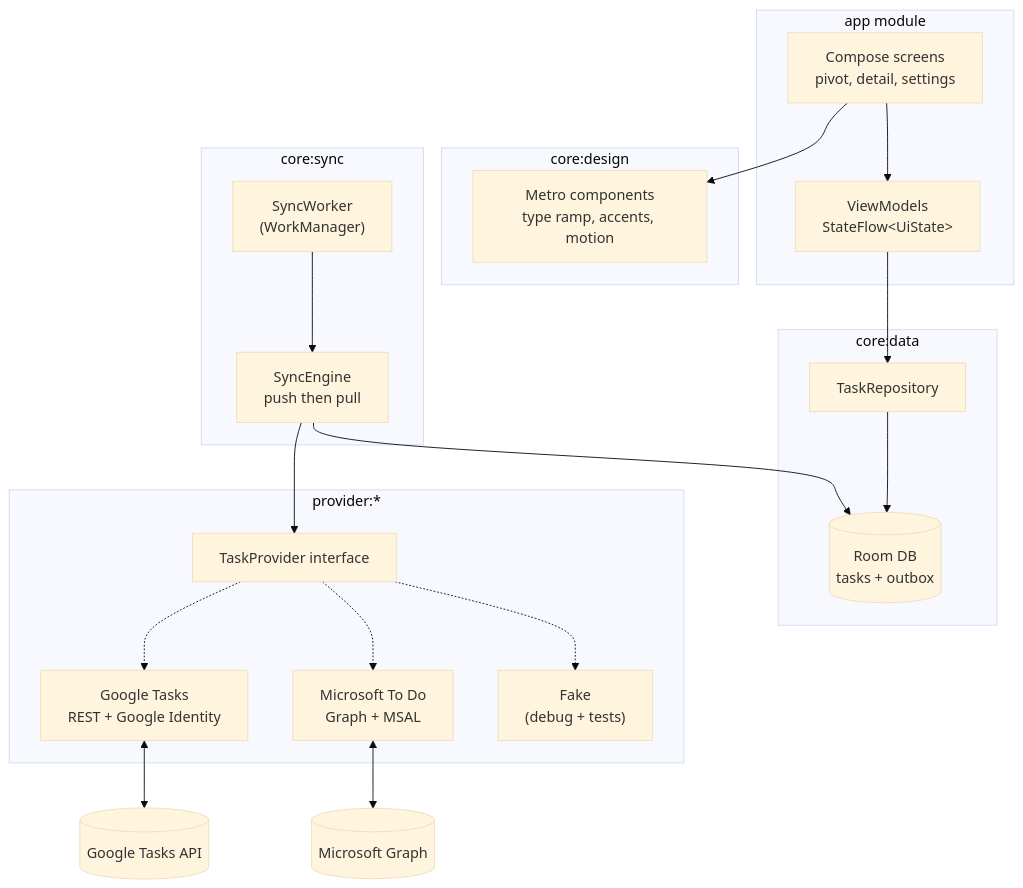
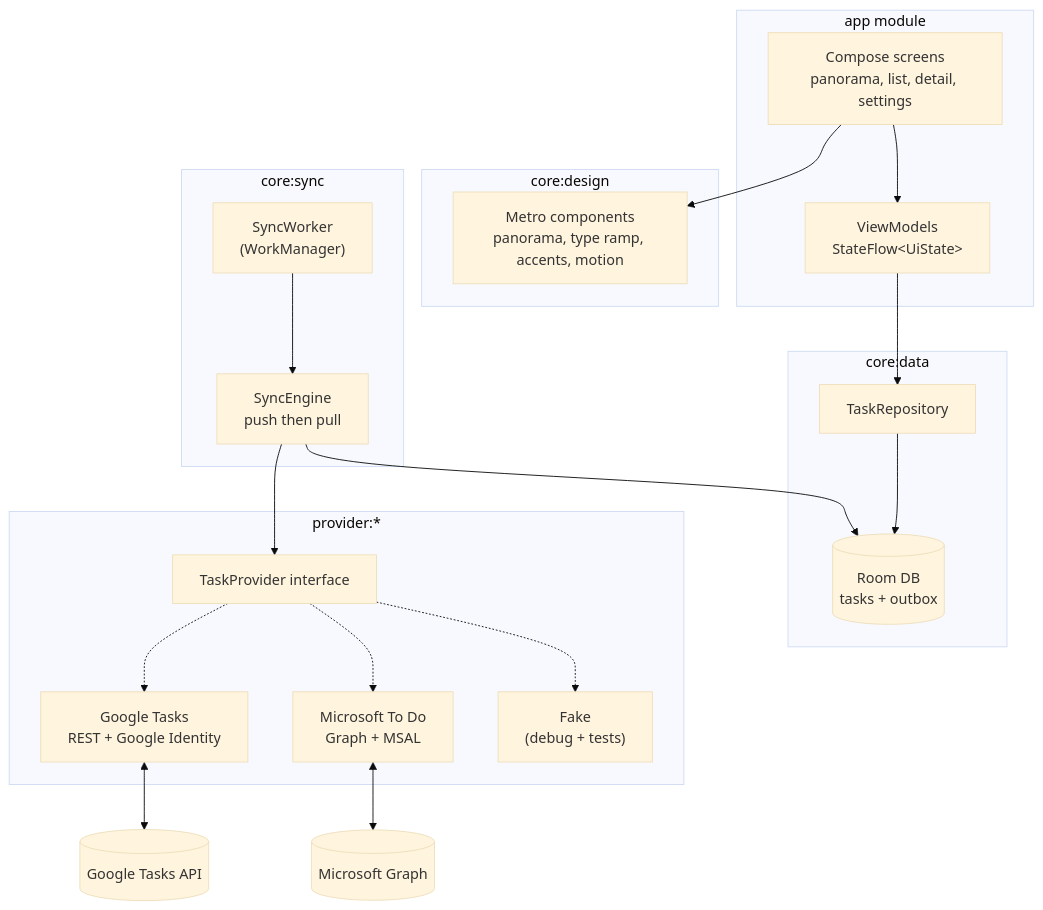
Before and after one commit to samekh248/duenorthtasks: the first of 4 diagrams in specs/001-metro-todo-app/plan.md, drawn with Mermaid (base theme). The commit also changed other lines of this file and 9 other files, not shown here.

````diff
--- a/specs/001-metro-todo-app/plan.md
+++ b/specs/001-metro-todo-app/plan.md
@@ -17,34 +21,34 @@
 ```mermaid
 flowchart TB
     subgraph app["app module"]
-        UI["Compose screens<br/>pivot, detail, settings"]
+        UI["Compose screens<br/>panorama, list, detail, settings"]
         VM["ViewModels<br/>StateFlow&lt;UiState&gt;"]
     end
     subgraph design["core:design"]
-        DS["Metro components<br/>type ramp, accents, motion"]
+        DS["Metro components<br/>panorama, type ramp, accents, motion"]
     end
     subgraph data["core:data"]
         Repo["TaskRepository"]
         Room[("Room DB<br/>tasks + outbox")]
     end
     subgraph sync["core:sync"]
         Worker["SyncWorker<br/>(WorkManager)"]
         Engine["SyncEngine<br/>push then pull"]
     end
     subgraph providers["provider:*"]
         API["TaskProvider interface"]
         G["Google Tasks<br/>REST + Google Identity"]
         M["Microsoft To Do<br/>Graph + MSAL"]
         F["Fake<br/>(debug + tests)"]
     end
 
     UI --> DS
     UI --> VM --> Repo --> Room
     Worker --> Engine --> Room
     Engine --> API
     API -.-> G
     API -.-> M
     API -.-> F
     G <--> GT[(Google Tasks API)]
     M <--> MG[(Microsoft Graph)]
 ```
````
